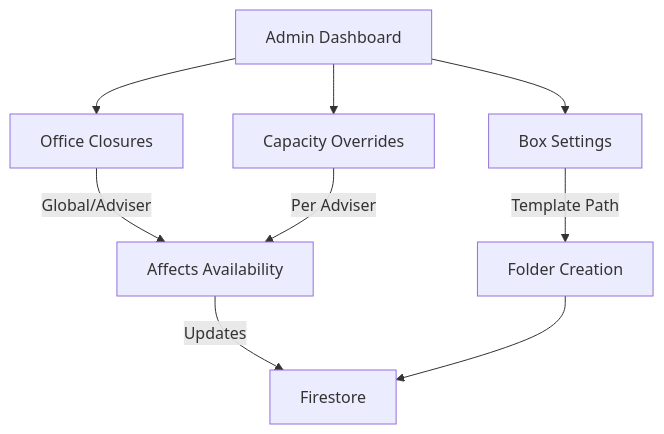
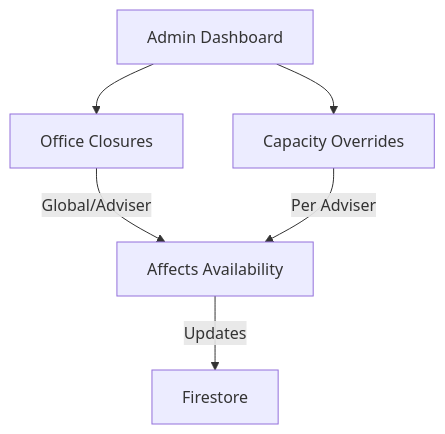
One commit to Pivot-Wealth-Digital/adviser_allocation changed the fourth of 4 diagrams in ARCHITECTURE.md. Above: the diagram before and after it, drawn with Mermaid. The commit also changed other lines of this file and 42 other files, not shown here.

````diff
--- a/ARCHITECTURE.md
+++ b/ARCHITECTURE.md
@@ -212,13 +200,10 @@
 ```mermaid
 graph TD
     A[Admin Dashboard] --> B[Office Closures]
     A --> C[Capacity Overrides]
-    A --> D[Box Settings]
 
-    B -->|Global/Adviser| E[Affects Availability]
-    C -->|Per Adviser| E
-    D -->|Template Path| F[Folder Creation]
+    B -->|Global/Adviser| D[Affects Availability]
+    C -->|Per Adviser| D
 
-    E -->|Updates| G[Firestore]
-    F --> G
+    D -->|Updates| E[Firestore]
 ```
````
